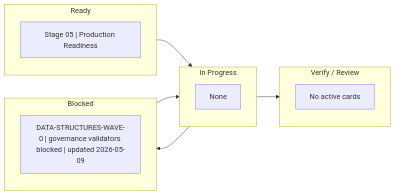
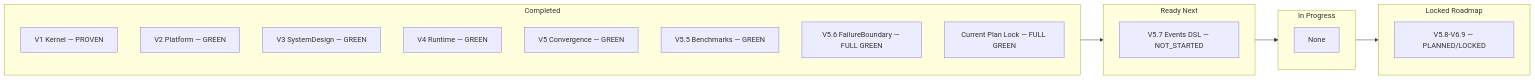
One commit to shomsy/avax changed the diagram in .agents/management/ACTIVE.md. Above: the diagram before and after it, drawn with Mermaid. The commit also changed other lines of this file and 29 other files, not shown here.

First line of the commit message:
Current plan lock: close final hardening blockers

````diff
--- a/.agents/management/ACTIVE.md
+++ b/.agents/management/ACTIVE.md
@@ -20,23 +20,29 @@
 ```mermaid
 flowchart LR
-    subgraph Ready["Ready"]
-        R0["Stage 05 | Production Readiness"]
+    subgraph Done["Completed"]
+        D0["V1 Kernel — PROVEN"]
+        D1["V2 Platform — GREEN"]
+        D2["V3 SystemDesign — GREEN"]
+        D3["V4 Runtime — GREEN"]
+        D4["V5 Convergence — GREEN"]
+        D5["V5.5 Benchmarks — GREEN"]
+        D6["V5.6 FailureBoundary — FULL GREEN"]
+        D7["Current Plan Lock — FULL GREEN"]
+    end
+
+    subgraph Ready["Ready Next"]
+        R0["V5.7 Events DSL — NOT_STARTED"]
     end
 
     subgraph InProgress["In Progress"]
         P0["None"]
     end
 
-    subgraph Blocked["Blocked"]
-        B0["DATA-STRUCTURES-WAVE-0 | governance validators blocked | updated 2026-05-09"]
+    subgraph Planned["Locked Roadmap"]
+        PL0["V5.8-V6.9 — PLANNED/LOCKED"]
     end
 
-    subgraph Verify["Verify / Review"]
-        V0["No active cards"]
-    end
-
+    Done --> Ready
     Ready --> InProgress
-    InProgress --> Verify
-    InProgress --> Blocked
-    Blocked --> InProgress
+    InProgress --> Planned
 ```
````
